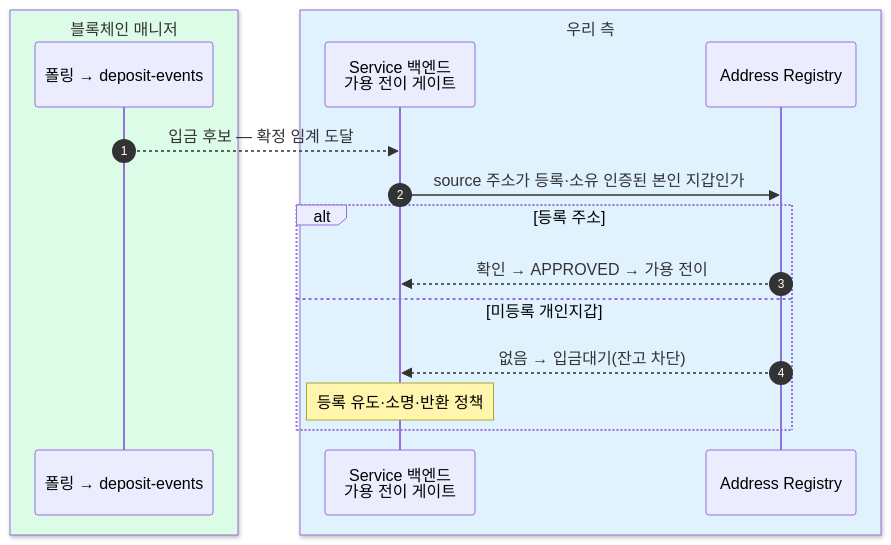
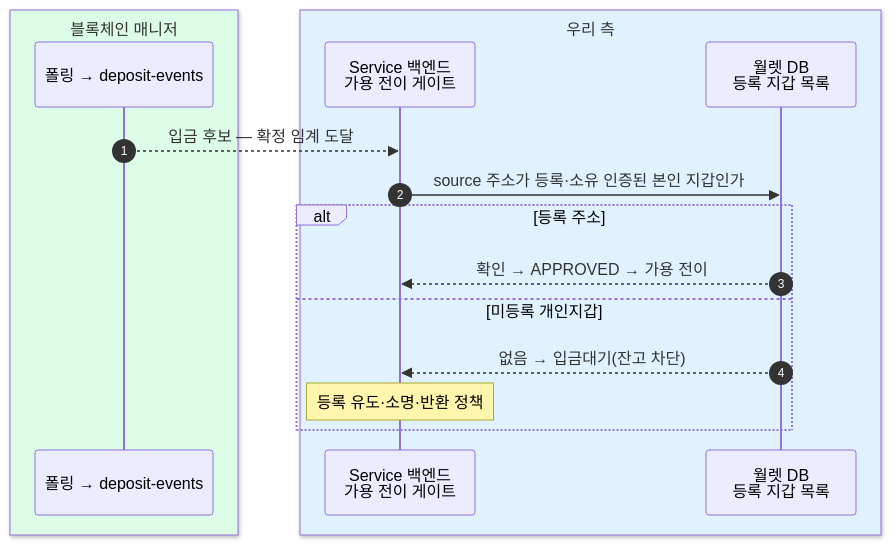
Before and after one commit to eunsujeo/eunpus: the ninth of 11 diagrams in blockchain-manager/docs/트래블룰/설계/07-scenarios.md, drawn with Mermaid. The commit also changed other lines of this file and 8 other files, not shown here.

````diff
--- a/blockchain-manager/docs/트래블룰/설계/07-scenarios.md
+++ b/blockchain-manager/docs/트래블룰/설계/07-scenarios.md
@@ -397,20 +394,20 @@
 ```mermaid
 sequenceDiagram
     autonumber
     box rgb(220,252,231) 블록체인 매니저
     participant BM as 폴링 → deposit-events
     end
     box rgb(224,242,254) 우리 측
     participant BE as Service 백엔드<br/>가용 전이 게이트
-    participant AR as Address Registry
+    participant WDB as 월렛 DB<br/>등록 지갑 목록
     end
 
     BM-->>BE: 입금 후보 — 확정 임계 도달
-    BE->>AR: source 주소가 등록·소유 인증된 본인 지갑인가
+    BE->>WDB: source 주소가 등록·소유 인증된 본인 지갑인가
     alt 등록 주소
-        AR-->>BE: 확인 → APPROVED → 가용 전이
+        WDB-->>BE: 확인 → APPROVED → 가용 전이
     else 미등록 개인지갑
-        AR-->>BE: 없음 → 입금대기(잔고 차단)
+        WDB-->>BE: 없음 → 입금대기(잔고 차단)
         Note over BE: 등록 유도·소명·반환 정책
     end
 ```
````
